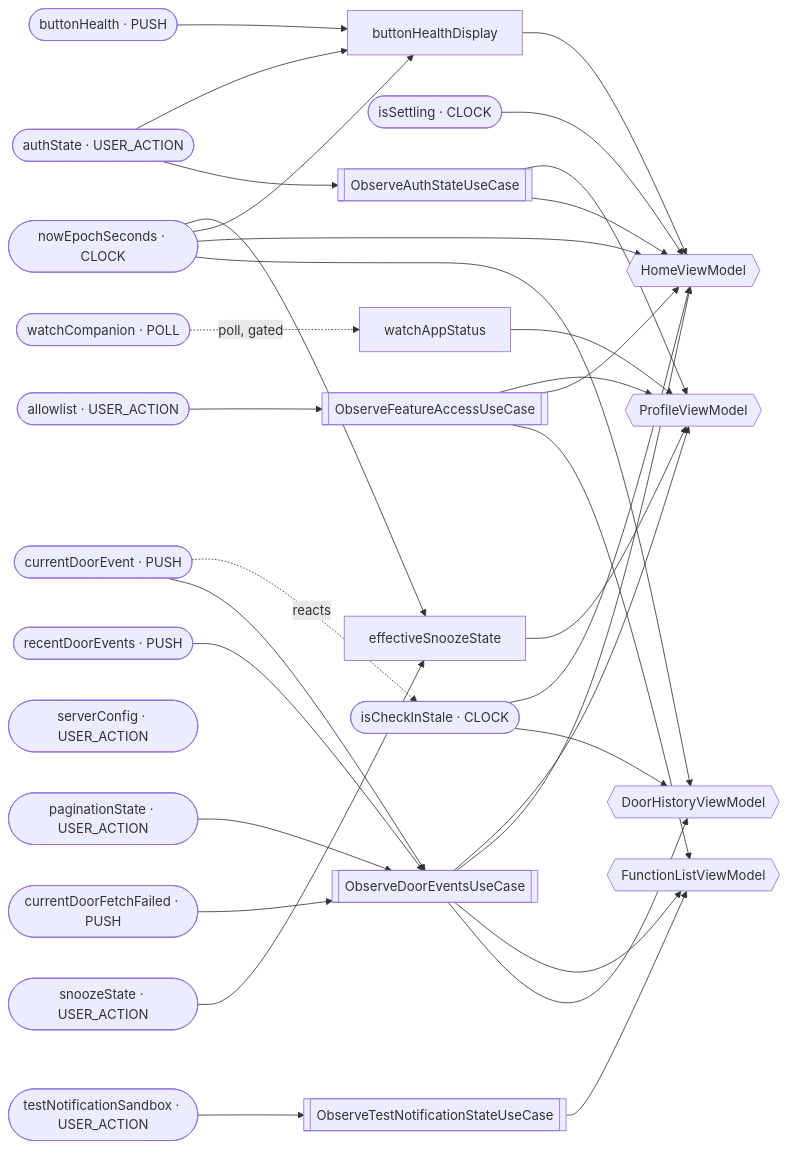
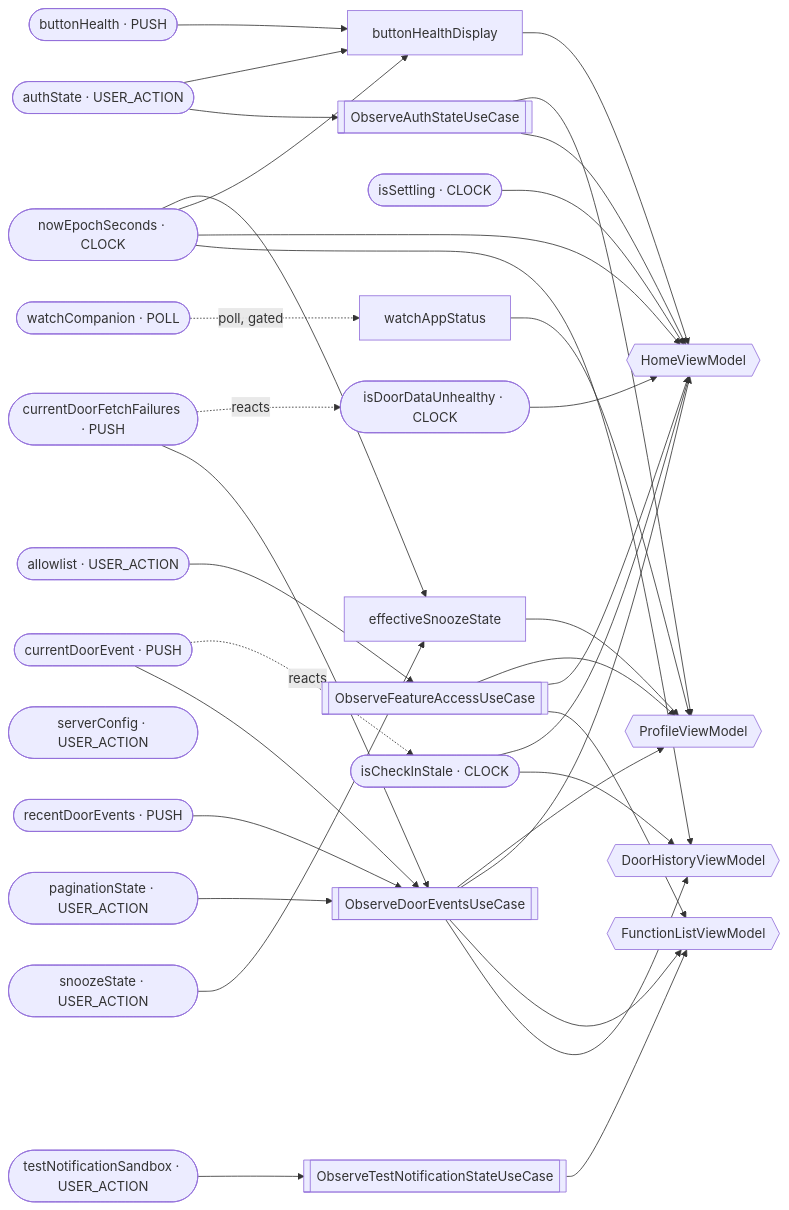
One commit to cartland/SmartGarageDoor changed the diagram in MobileGarage/docs/DATA_GRAPH.md. Above: the diagram before and after it, drawn with Mermaid. The commit also changed other lines of this file and 45 other files, not shown here.

````diff
--- a/MobileGarage/docs/DATA_GRAPH.md
+++ b/MobileGarage/docs/DATA_GRAPH.md
@@ -40,60 +41,63 @@
 ```mermaid
 graph LR
     authState(["authState · USER_ACTION"])
     currentDoorEvent(["currentDoorEvent · PUSH"])
-    currentDoorFetchFailed(["currentDoorFetchFailed · PUSH"])
+    currentDoorFetchFailures(["currentDoorFetchFailures · PUSH"])
     recentDoorEvents(["recentDoorEvents · PUSH"])
     paginationState(["paginationState · USER_ACTION"])
     buttonHealth(["buttonHealth · PUSH"])
     snoozeState(["snoozeState · USER_ACTION"])
     serverConfig(["serverConfig · USER_ACTION"])
     allowlist(["allowlist · USER_ACTION"])
     testNotificationSandbox(["testNotificationSandbox · USER_ACTION"])
     nowEpochSeconds(["nowEpochSeconds · CLOCK"])
     isCheckInStale(["isCheckInStale · CLOCK"])
+    isDoorDataUnhealthy(["isDoorDataUnhealthy · CLOCK"])
     isSettling(["isSettling · CLOCK"])
     watchCompanion(["watchCompanion · POLL"])
     buttonHealthDisplay["buttonHealthDisplay"]
     effectiveSnoozeState["effectiveSnoozeState"]
     watchAppStatus["watchAppStatus"]
     ObserveAuthStateUseCase[["ObserveAuthStateUseCase"]]
     ObserveDoorEventsUseCase[["ObserveDoorEventsUseCase"]]
     ObserveFeatureAccessUseCase[["ObserveFeatureAccessUseCase"]]
     ObserveTestNotificationStateUseCase[["ObserveTestNotificationStateUseCase"]]
     DoorHistoryViewModel{{"DoorHistoryViewModel"}}
     FunctionListViewModel{{"FunctionListViewModel"}}
     HomeViewModel{{"HomeViewModel"}}
     ProfileViewModel{{"ProfileViewModel"}}
     authState --> ObserveAuthStateUseCase
     ObserveAuthStateUseCase --> HomeViewModel
     ObserveAuthStateUseCase --> ProfileViewModel
     currentDoorEvent --> ObserveDoorEventsUseCase
-    currentDoorFetchFailed --> ObserveDoorEventsUseCase
+    currentDoorFetchFailures --> ObserveDoorEventsUseCase
     paginationState --> ObserveDoorEventsUseCase
     recentDoorEvents --> ObserveDoorEventsUseCase
     ObserveDoorEventsUseCase --> DoorHistoryViewModel
     ObserveDoorEventsUseCase --> FunctionListViewModel
     ObserveDoorEventsUseCase --> HomeViewModel
     ObserveDoorEventsUseCase --> ProfileViewModel
     allowlist --> ObserveFeatureAccessUseCase
     ObserveFeatureAccessUseCase --> FunctionListViewModel
     ObserveFeatureAccessUseCase --> HomeViewModel
     ObserveFeatureAccessUseCase --> ProfileViewModel
     testNotificationSandbox --> ObserveTestNotificationStateUseCase
     ObserveTestNotificationStateUseCase --> FunctionListViewModel
     isCheckInStale --> DoorHistoryViewModel
     isCheckInStale --> HomeViewModel
+    isDoorDataUnhealthy --> HomeViewModel
     isSettling --> HomeViewModel
     nowEpochSeconds --> DoorHistoryViewModel
     nowEpochSeconds --> HomeViewModel
     currentDoorEvent -. reacts .-> isCheckInStale
+    currentDoorFetchFailures -. reacts .-> isDoorDataUnhealthy
     authState --> buttonHealthDisplay
     buttonHealth --> buttonHealthDisplay
     nowEpochSeconds --> buttonHealthDisplay
     buttonHealthDisplay --> HomeViewModel
     nowEpochSeconds --> effectiveSnoozeState
     snoozeState --> effectiveSnoozeState
     effectiveSnoozeState --> ProfileViewModel
     watchCompanion -. poll, gated .-> watchAppStatus
     watchAppStatus --> ProfileViewModel
 ```
````
